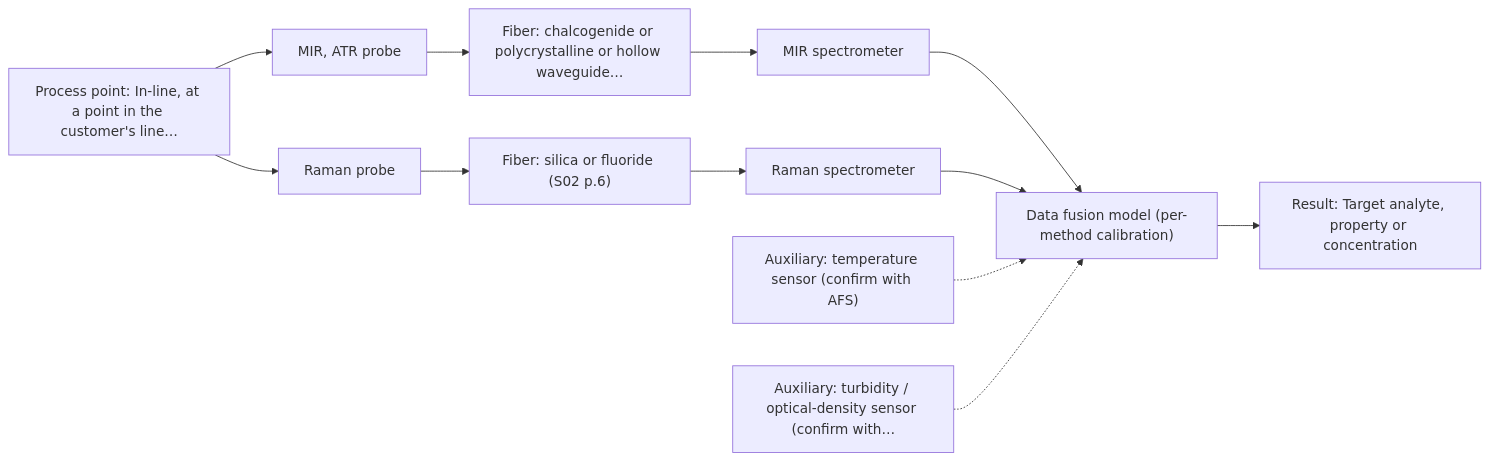
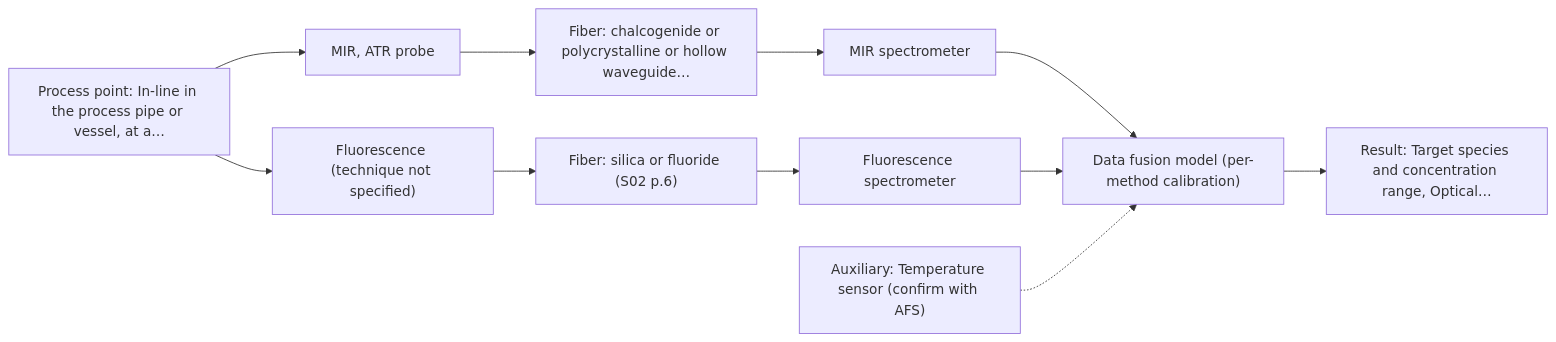
One commit to sleipnir029/Afs-Spectroscopy-Assistant changed the second of 2 diagrams in outputs/adversarial/A06.md. Above: the diagram before and after it, drawn with Mermaid. The commit also changed other lines of this file and 41 other files, not shown here.

````diff
--- a/outputs/adversarial/A06.md
+++ b/outputs/adversarial/A06.md
@@ -88,25 +107,23 @@
 ```mermaid
 flowchart LR
-    proc["Process point: In-line, at a point in the customer's line…"]
+    proc["Process point: In-line in the process pipe or vessel, at a…"]
     probe1["MIR, ATR probe"]
     fiber1["Fiber: chalcogenide or polycrystalline or hollow waveguide…"]
     spec1["MIR spectrometer"]
-    probe2["Raman probe"]
+    probe2["Fluorescence (technique not specified)"]
     fiber2["Fiber: silica or fluoride (S02 p.6)"]
-    spec2["Raman spectrometer"]
+    spec2["Fluorescence spectrometer"]
     model["Data fusion model (per-method calibration)"]
-    result["Result: Target analyte, property or concentration"]
-    aux1["Auxiliary: temperature sensor (confirm with AFS)"]
-    aux2["Auxiliary: turbidity / optical-density sensor (confirm with…"]
+    result["Result: Target species and concentration range, Optical…"]
+    aux1["Auxiliary: Temperature sensor (confirm with AFS)"]
     proc --> probe1
     probe1 --> fiber1
     fiber1 --> spec1
     spec1 --> model
     proc --> probe2
     probe2 --> fiber2
     fiber2 --> spec2
     spec2 --> model
     model --> result
     aux1 -.-> model
-    aux2 -.-> model
 ```
````
